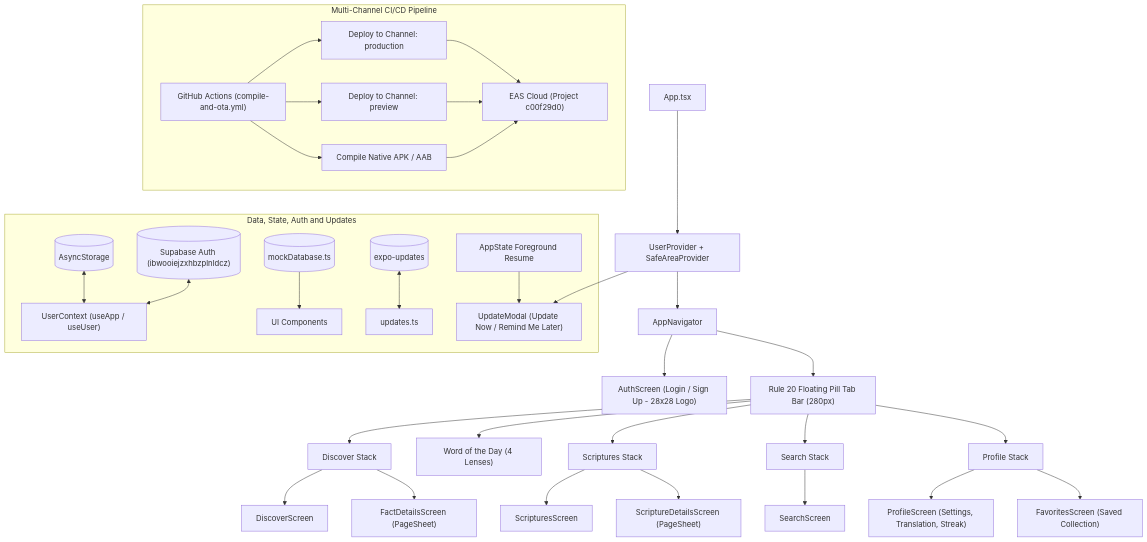
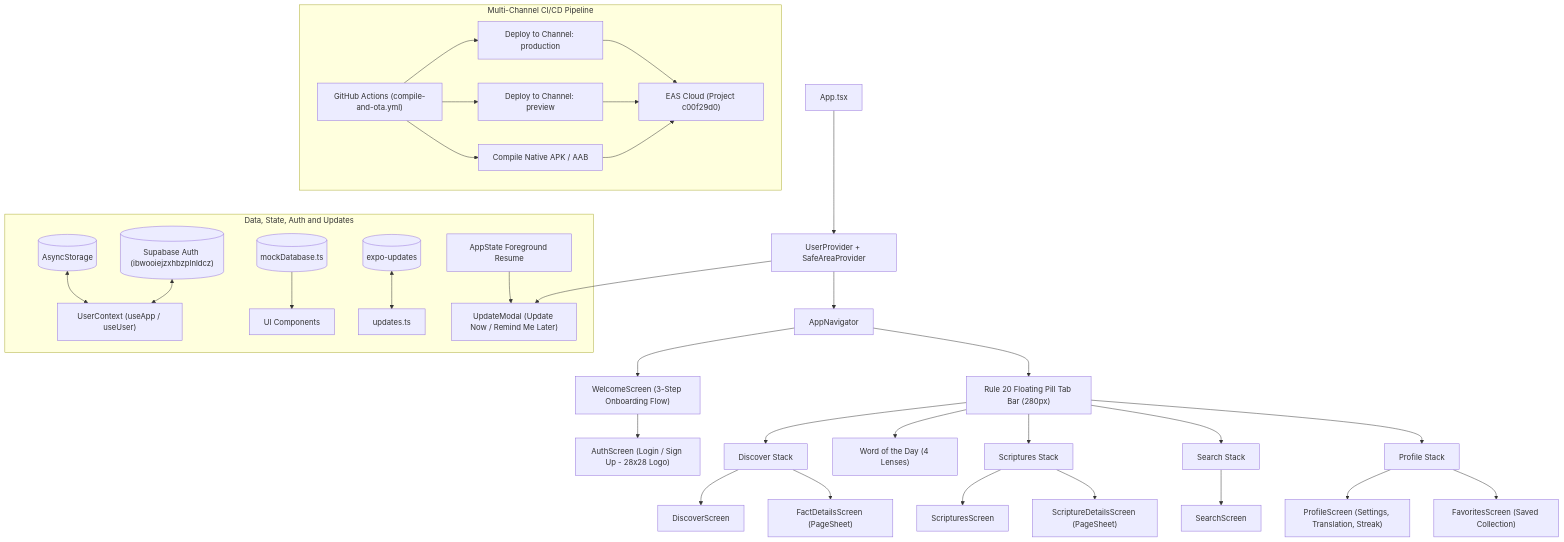
The diagram in README.md (thulanesigasa/bible_fun_facts), drawn with Mermaid before and after one commit. The commit also changed other lines of this file and 7 other files, not shown here.

Commit message:
feat: add 3-step interactive Welcome & Onboarding screen flow before login and sign up (#120)

````diff
--- a/README.md
+++ b/README.md
@@ -26,43 +26,44 @@
 ```mermaid
 graph TD
     App["App.tsx"] --> Providers["UserProvider + SafeAreaProvider"]
     Providers --> Nav["AppNavigator"]
     Providers --> UpdateModal["UpdateModal (Update Now / Remind Me Later)"]
-    Nav --> Auth["AuthScreen (Login / Sign Up - 28x28 Logo)"]
+    Nav --> Welcome["WelcomeScreen (3-Step Onboarding Flow)"]
+    Welcome --> Auth["AuthScreen (Login / Sign Up - 28x28 Logo)"]
     Nav --> Tabs["Rule 20 Floating Pill Tab Bar (280px)"]
     
     Tabs --> DiscoverStack["Discover Stack"]
     Tabs --> WOTDScreen["Word of the Day (4 Lenses)"]
     Tabs --> ScripturesStack["Scriptures Stack"]
     Tabs --> SearchStack["Search Stack"]
     Tabs --> ProfileStack["Profile Stack"]
     
     DiscoverStack --> DiscoverMain["DiscoverScreen"]
     DiscoverStack --> FactDetails["FactDetailsScreen (PageSheet)"]
     
     ScripturesStack --> ScripturesMain["ScripturesScreen"]
     ScripturesStack --> ScriptureDetails["ScriptureDetailsScreen (PageSheet)"]
     
     SearchStack --> SearchMain["SearchScreen"]
     ProfileStack --> ProfileMain["ProfileScreen (Settings, Translation, Streak)"]
     ProfileStack --> FavoritesMain["FavoritesScreen (Saved Collection)"]
     
     subgraph DataUpdates["Data, State, Auth and Updates"]
         AsyncStorage[("AsyncStorage")] <--> UserContext["UserContext (useApp / useUser)"]
         Supabase[("Supabase Auth (ibwooiejzxhbzplnldcz)")] <--> UserContext
         MockDB[("mockDatabase.ts")] --> Components["UI Components"]
         ExpoUpdates[("expo-updates")] <--> UpdateService["updates.ts"]
         AppStateListener["AppState Foreground Resume"] --> UpdateModal
     end
     
     subgraph Pipeline["Multi-Channel CI/CD Pipeline"]
         GHA["GitHub Actions (compile-and-ota.yml)"]
         GHA --> ProdOTA["Deploy to Channel: production"]
         GHA --> PrevOTA["Deploy to Channel: preview"]
         GHA --> CompileJob["Compile Native APK / AAB"]
         EASCloud["EAS Cloud (Project c00f29d0)"]
         ProdOTA --> EASCloud
         PrevOTA --> EASCloud
         CompileJob --> EASCloud
     end
 ```
````
